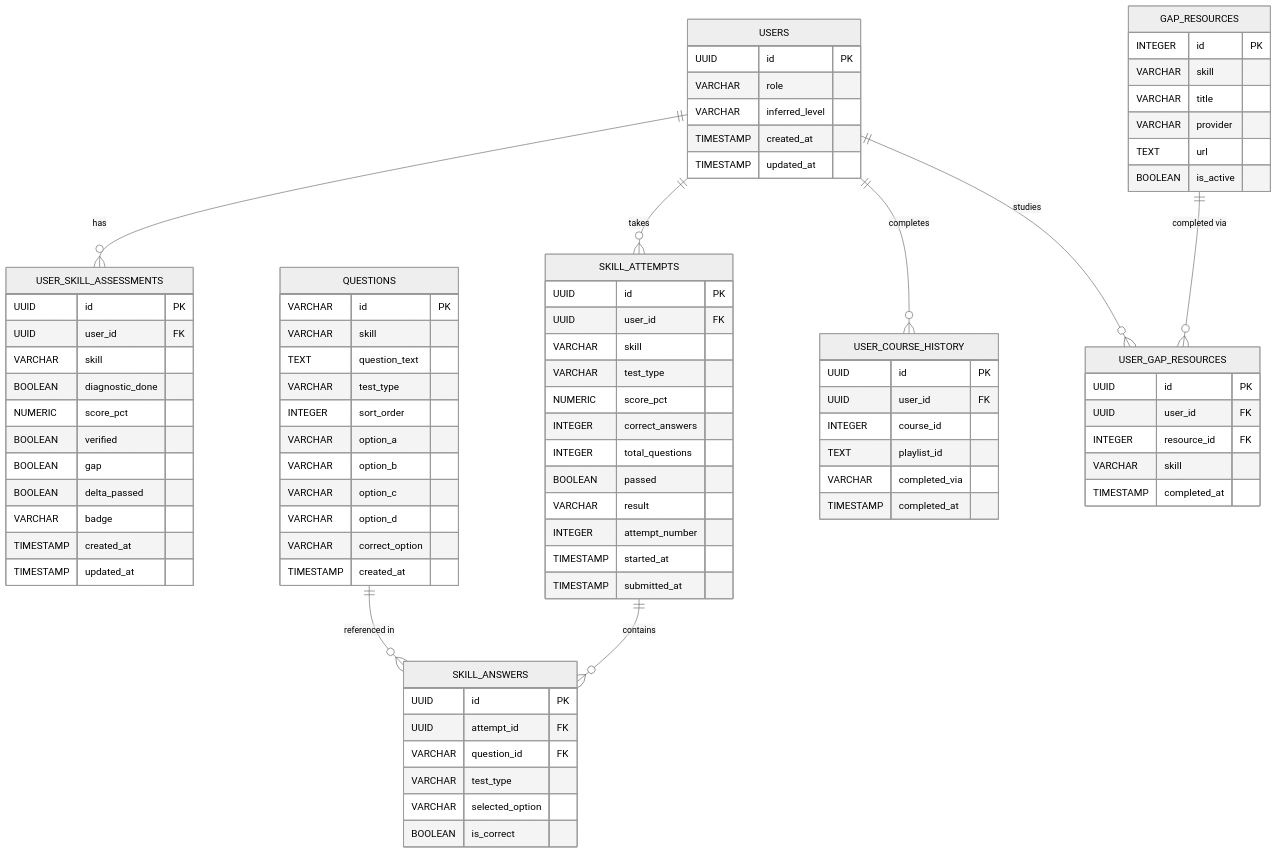
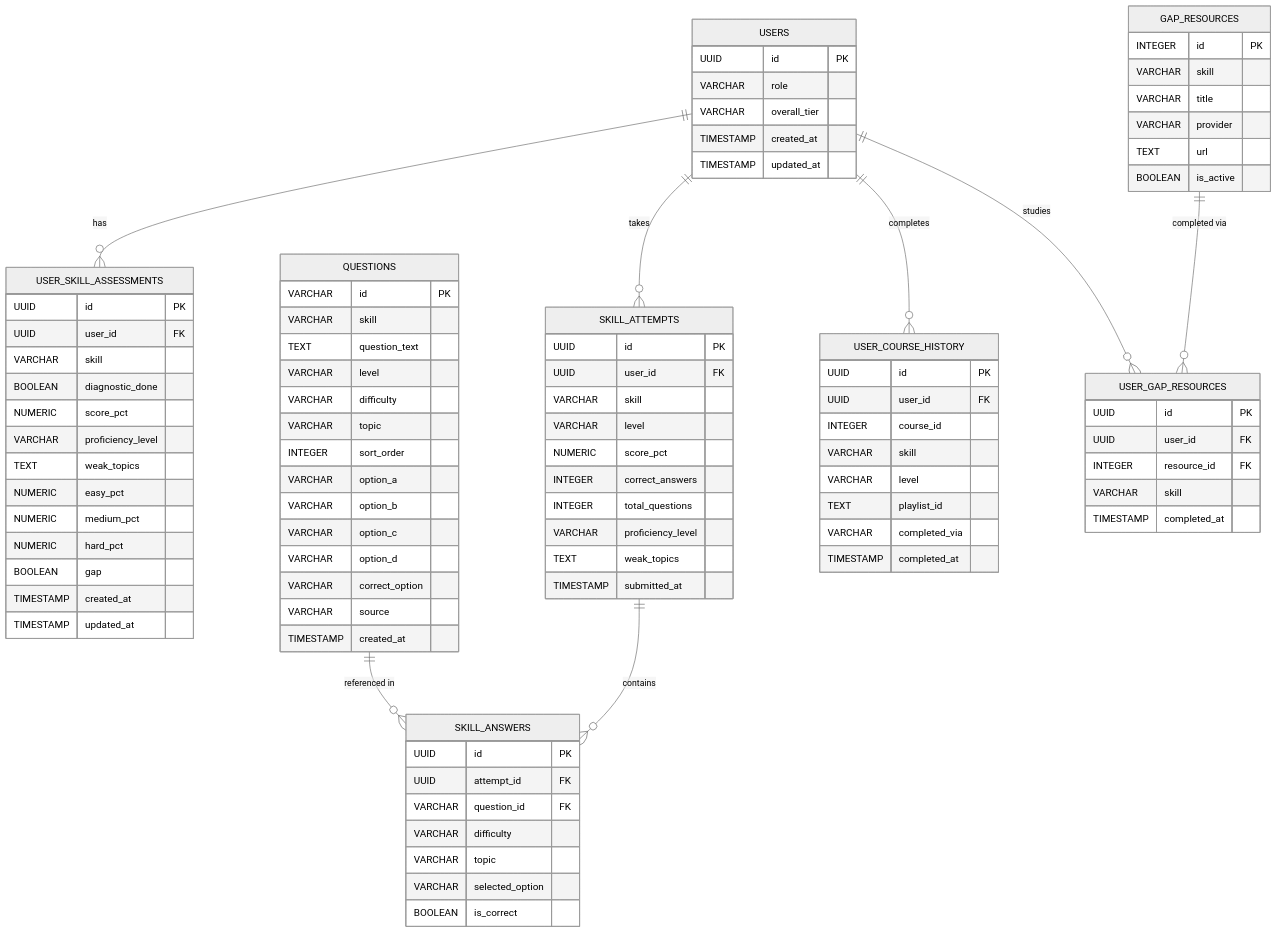
The diagram in backend/DATABASE_SCHEMA_DOCUMENTATION.md (rajtharun08/learning-path), drawn with Mermaid (neutral theme) before and after one commit. The commit also changed other lines of this file and 4 other files, not shown here.

```diff
--- a/backend/DATABASE_SCHEMA_DOCUMENTATION.md
+++ b/backend/DATABASE_SCHEMA_DOCUMENTATION.md
@@ -22,7 +22,7 @@
     USERS {
         UUID id PK
         VARCHAR role
-        VARCHAR inferred_level
+        VARCHAR overall_tier
         TIMESTAMP created_at
         TIMESTAMP updated_at
     }
@@ -32,10 +32,12 @@
         VARCHAR skill
         BOOLEAN diagnostic_done
         NUMERIC score_pct
-        BOOLEAN verified
+        VARCHAR proficiency_level
+        TEXT weak_topics
+        NUMERIC easy_pct
+        NUMERIC medium_pct
+        NUMERIC hard_pct
         BOOLEAN gap
-        BOOLEAN delta_passed
-        VARCHAR badge
         TIMESTAMP created_at
         TIMESTAMP updated_at
     }
@@ -43,34 +45,36 @@
         VARCHAR id PK
         VARCHAR skill
         TEXT question_text
-        VARCHAR test_type
+        VARCHAR level
+        VARCHAR difficulty
+        VARCHAR topic
         INTEGER sort_order
         VARCHAR option_a
         VARCHAR option_b
         VARCHAR option_c
         VARCHAR option_d
         VARCHAR correct_option
+        VARCHAR source
         TIMESTAMP created_at
     }
     SKILL_ATTEMPTS {
         UUID id PK
         UUID user_id FK
         VARCHAR skill
-        VARCHAR test_type
+        VARCHAR level
         NUMERIC score_pct
         INTEGER correct_answers
         INTEGER total_questions
-        BOOLEAN passed
-        VARCHAR result
-        INTEGER attempt_number
-        TIMESTAMP started_at
+        VARCHAR proficiency_level
+        TEXT weak_topics
         TIMESTAMP submitted_at
     }
     SKILL_ANSWERS {
         UUID id PK
         UUID attempt_id FK
         VARCHAR question_id FK
-        VARCHAR test_type
+        VARCHAR difficulty
+        VARCHAR topic
         VARCHAR selected_option
         BOOLEAN is_correct
     }
@@ -93,6 +97,8 @@
         UUID id PK
         UUID user_id FK
         INTEGER course_id
+        VARCHAR skill
+        VARCHAR level
         TEXT playlist_id
         VARCHAR completed_via
         TIMESTAMP completed_at
```
